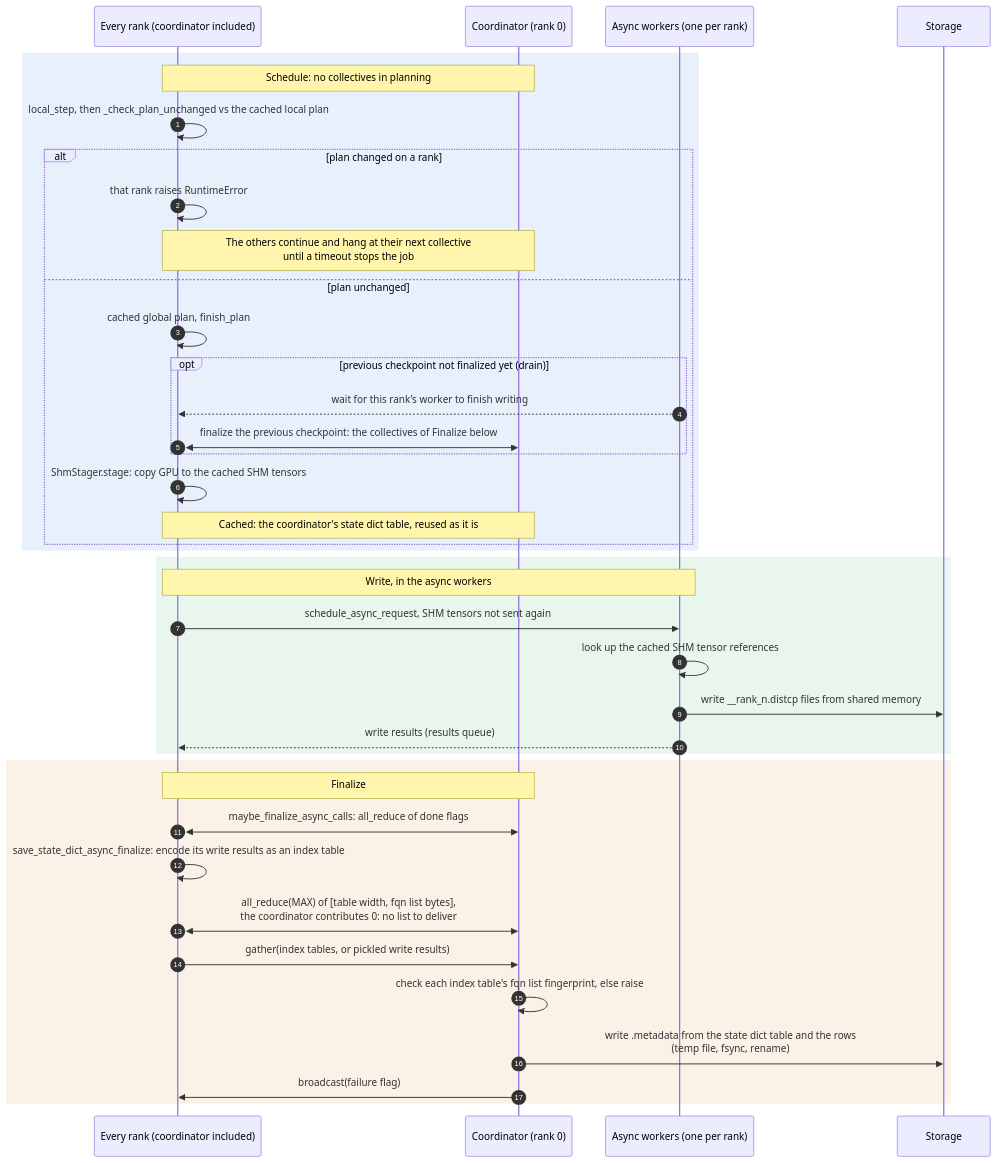
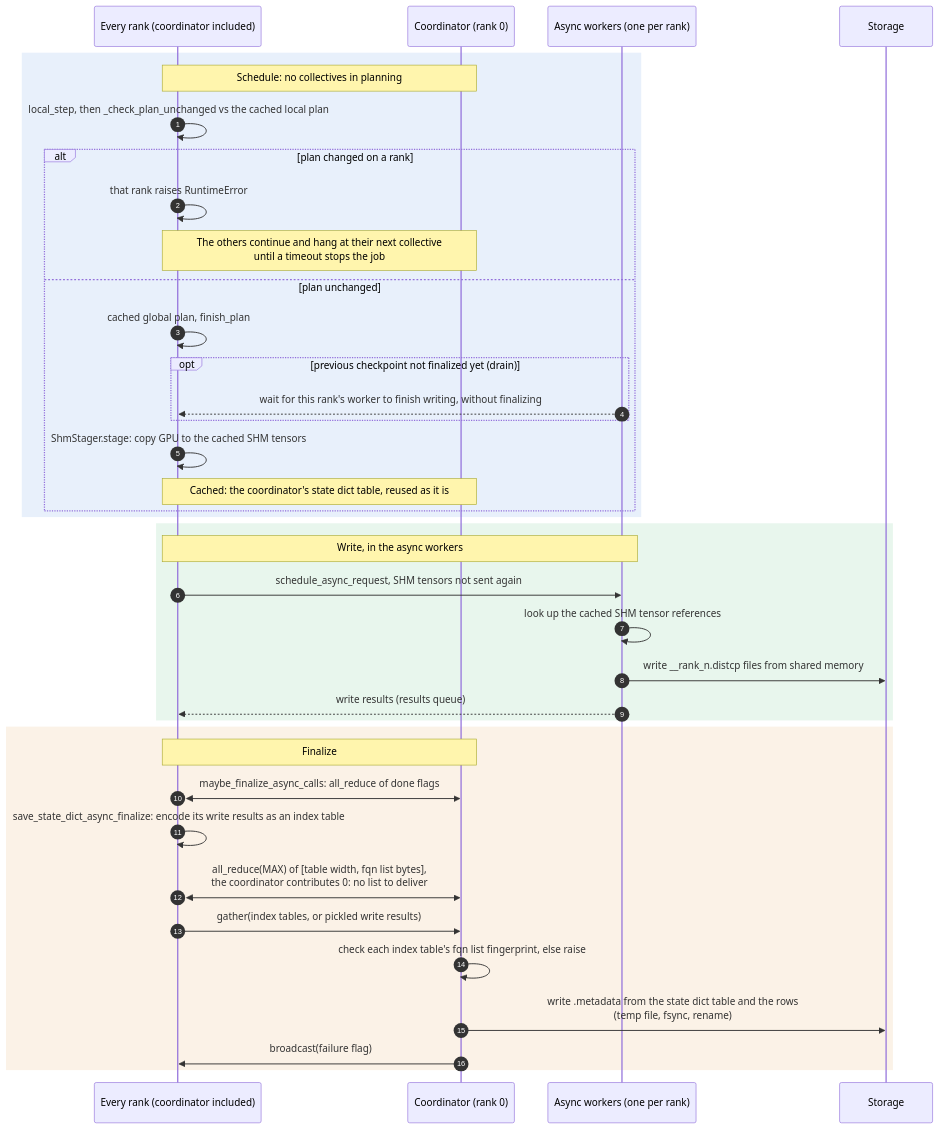
Before and after one commit to NVIDIA/nvidia-resiliency-ext: the fourth of 4 diagrams in docs/design/checkpoint/ASYNC_SAVE.md, drawn with Mermaid. The commit also changed other lines of this file and 2 other files, not shown here.

Commit message:
Make the shm drain wait for the writes without finalizing them
Before overwriting its shared-memory buffers, a save waited for the
previous save by finalizing it, and finalizing is collective. Ranks
don't necessarily drain in the same save, so one rank's finalize could
meet another rank's training collective and hang. The drain now waits
only until this rank's worker has finished writing, and the next
maybe_finalize_async_calls, which every rank calls together, finalizes.

````diff
--- a/docs/design/checkpoint/ASYNC_SAVE.md
+++ b/docs/design/checkpoint/ASYNC_SAVE.md
@@ -342,44 +342,43 @@
 ```mermaid
 sequenceDiagram
     autonumber
     participant R as Every rank (coordinator included)
     participant C as Coordinator (rank 0)
     participant W as Async workers (one per rank)
     participant S as Storage
 
     rect rgba(70, 130, 220, 0.12)
     Note over R,C: Schedule: no collectives in planning
     R->>R: local_step, then _check_plan_unchanged vs the cached local plan
     alt plan changed on a rank
         R->>R: that rank raises RuntimeError
         Note over R,C: The others continue and hang at their next collective<br/>until a timeout stops the job
     else plan unchanged
         R->>R: cached global plan, finish_plan
         opt previous checkpoint not finalized yet (drain)
-            W-->>R: wait for this rank's worker to finish writing
-            R<<->>C: finalize the previous checkpoint: the collectives of Finalize below
+            W-->>R: wait for this rank's worker to finish writing, without finalizing
         end
         R->>R: ShmStager.stage: copy GPU to the cached SHM tensors
         Note over R,C: Cached: the coordinator's state dict table, reused as it is
     end
     end
 
     rect rgba(70, 180, 110, 0.12)
     Note over R,W: Write, in the async workers
     R->>W: schedule_async_request, SHM tensors not sent again
     W->>W: look up the cached SHM tensor references
     W->>S: write __rank_n.distcp files from shared memory
     W-->>R: write results (results queue)
     end
 
     rect rgba(220, 150, 60, 0.12)
     Note over R,C: Finalize
     R<<->>C: maybe_finalize_async_calls: all_reduce of done flags
     R->>R: save_state_dict_async_finalize: encode its write results as an index table
     R<<->>C: all_reduce(MAX) of [table width, fqn list bytes],<br/>the coordinator contributes 0: no list to deliver
     R->>C: gather(index tables, or pickled write results)
     C->>C: check each index table's fqn list fingerprint, else raise
     C->>S: write .metadata from the state dict table and the rows<br/>(temp file, fsync, rename)
     C->>R: broadcast(failure flag)
     end
 ```
````
